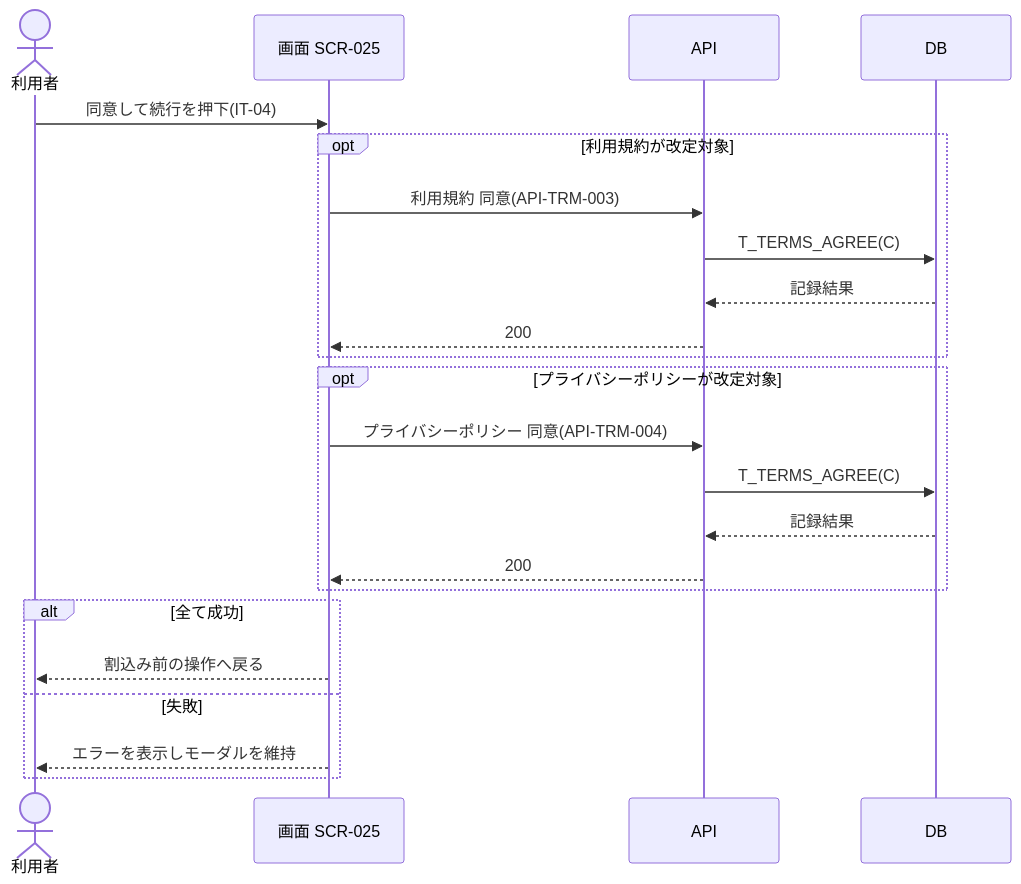
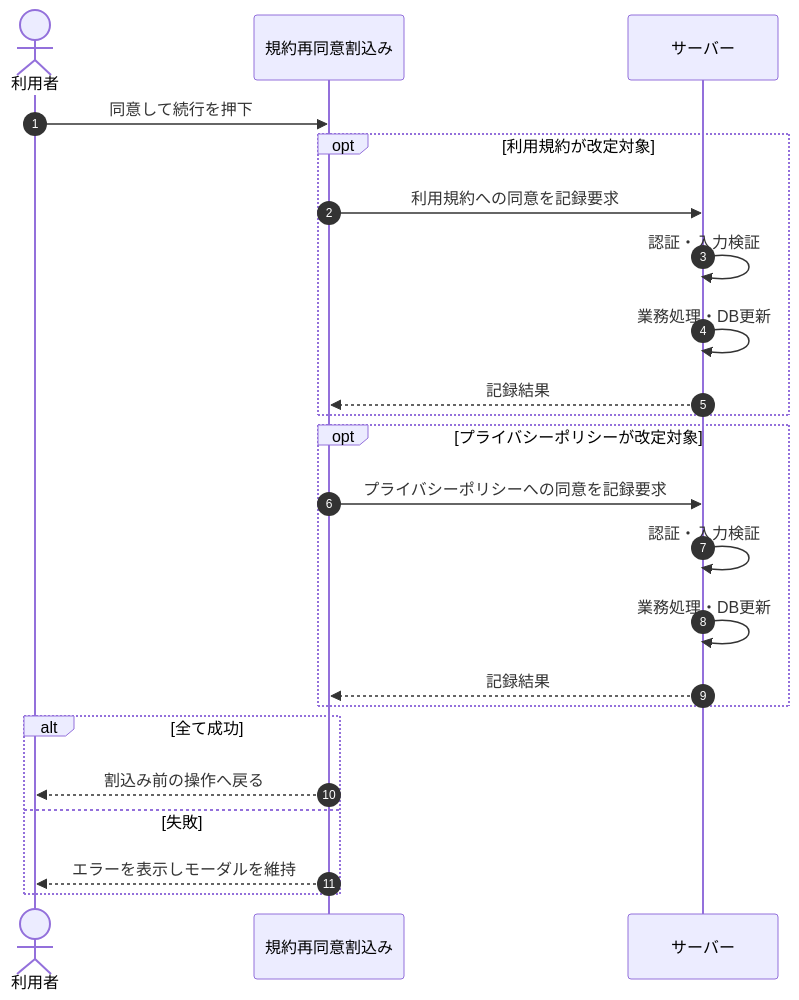
Before and after one commit to sikakou54/open-faq: the diagram in 02_basic_design/05_sequences/SEQ-068.md, drawn with Mermaid. The commit also changed other lines of this file and 108 other files, not shown here.

First line of the commit message:
基本設計: シーケンス図を基本設計粒度(ユーザー/画面/サーバー)へ再編成

````diff
--- a/02_basic_design/05_sequences/SEQ-068.md
+++ b/02_basic_design/05_sequences/SEQ-068.md
@@ -25,25 +32,25 @@
 ```mermaid
 sequenceDiagram
+  autonumber
   actor U as 利用者
-  participant S as 画面 SCR-025
-  participant API as API
-  participant DB as DB
-  U->>S: 同意して続行を押下(IT-04)
+  participant Screen as 規約再同意割込み
+  participant Server as サーバー
+  U->>Screen: 同意して続行を押下
   opt 利用規約が改定対象
-    S->>API: 利用規約 同意(API-TRM-003)
-    API->>DB: T_TERMS_AGREE(C)
-    DB-->>API: 記録結果
-    API-->>S: 200
+    Screen->>Server: 利用規約への同意を記録要求
+    Server->>Server: 認証・入力検証
+    Server->>Server: 業務処理・DB更新
+    Server-->>Screen: 記録結果
   end
   opt プライバシーポリシーが改定対象
-    S->>API: プライバシーポリシー 同意(API-TRM-004)
-    API->>DB: T_TERMS_AGREE(C)
-    DB-->>API: 記録結果
-    API-->>S: 200
+    Screen->>Server: プライバシーポリシーへの同意を記録要求
+    Server->>Server: 認証・入力検証
+    Server->>Server: 業務処理・DB更新
+    Server-->>Screen: 記録結果
   end
   alt 全て成功
-    S-->>U: 割込み前の操作へ戻る
+    Screen-->>U: 割込み前の操作へ戻る
   else 失敗
-    S-->>U: エラーを表示しモーダルを維持
+    Screen-->>U: エラーを表示しモーダルを維持
   end
 ```
````
